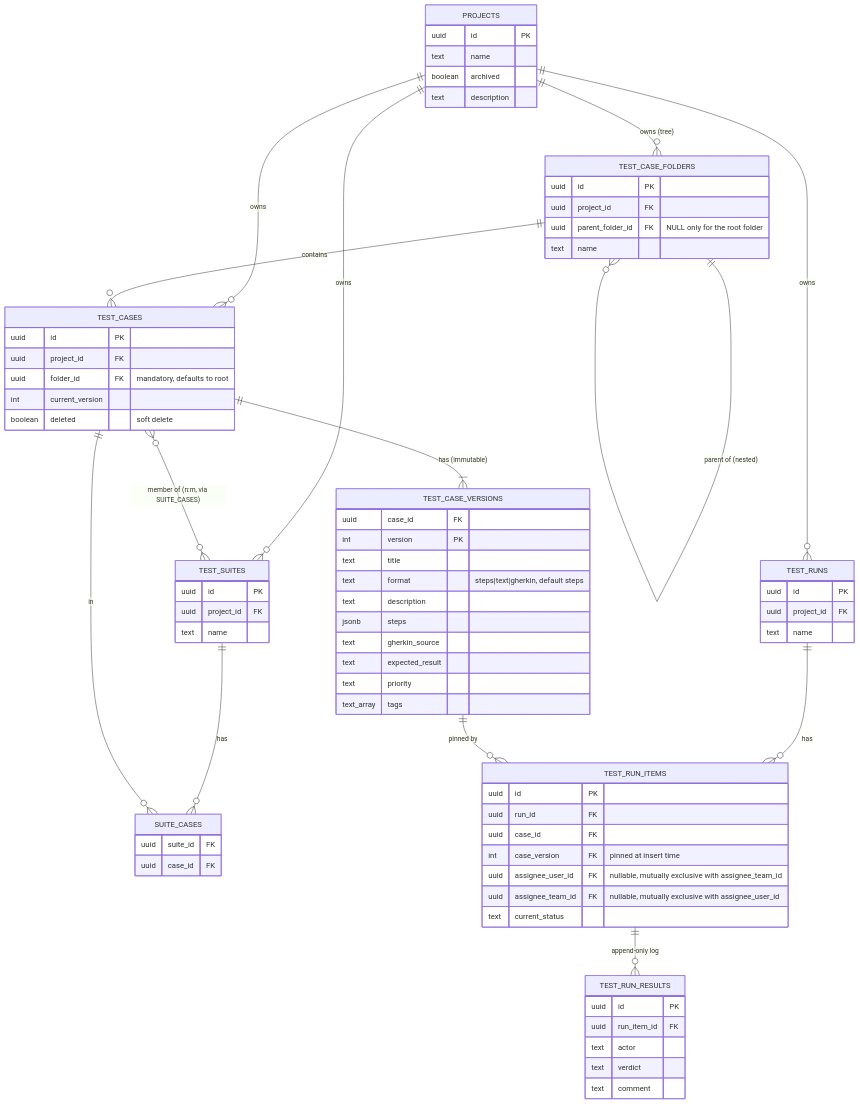
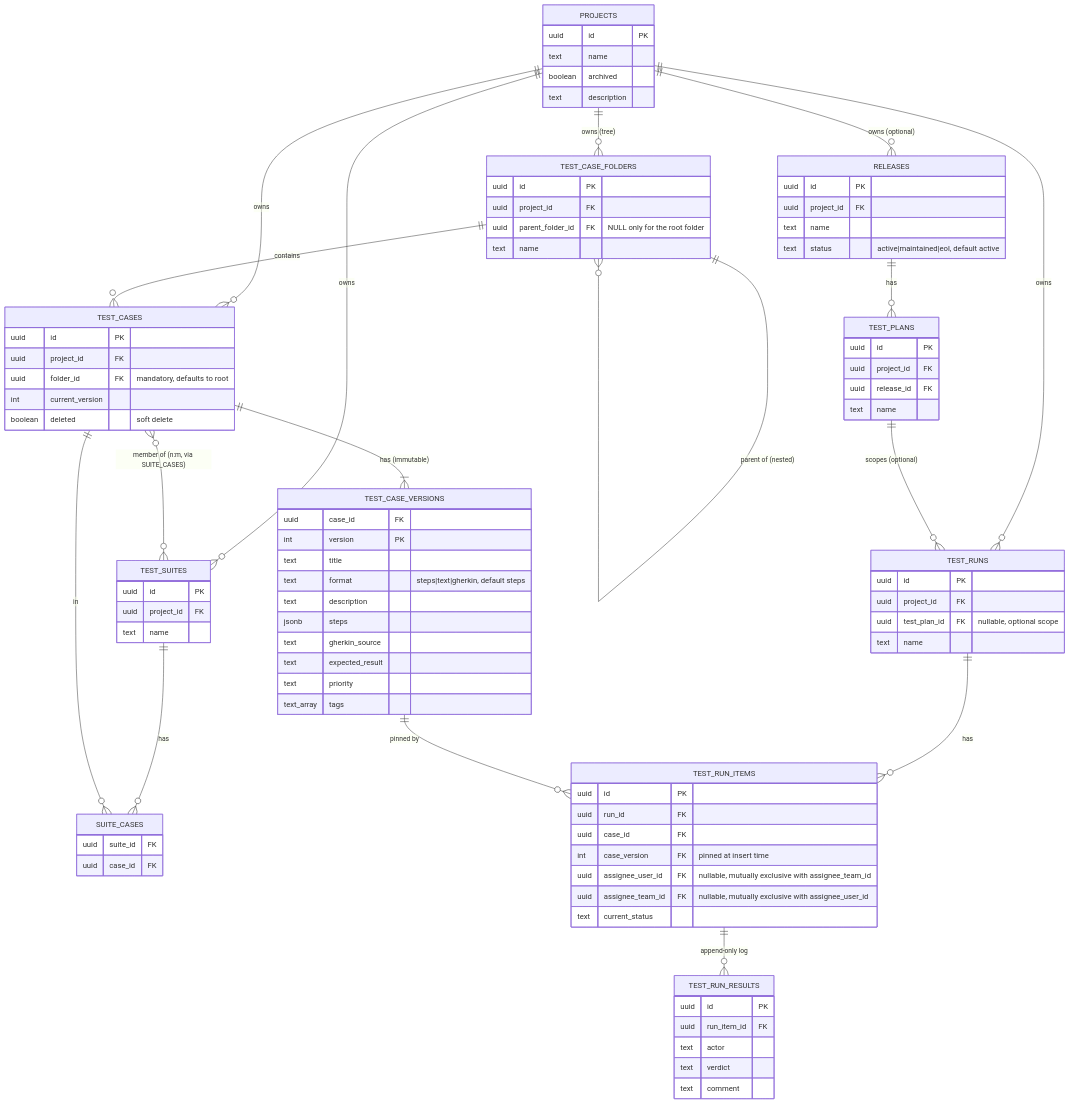
One commit to Barayo/TestPulse changed the diagram in docs/database.md. Above: the diagram before and after it, drawn with Mermaid. The commit also changed other lines of this file and 42 other files, not shown here.

First line of the commit message:
feat(api,web): introduce Release and Test Plan as optional entities

```diff
--- a/docs/database.md
+++ b/docs/database.md
@@ -19,6 +19,10 @@
     PROJECTS ||--o{ TEST_CASES : owns
     PROJECTS ||--o{ TEST_SUITES : owns
     PROJECTS ||--o{ TEST_RUNS : owns
+    PROJECTS ||--o{ RELEASES : "owns (optional)"
+
+    RELEASES ||--o{ TEST_PLANS : has
+    TEST_PLANS ||--o{ TEST_RUNS : "scopes (optional)"
 
     TEST_CASE_FOLDERS ||--o{ TEST_CASE_FOLDERS : "parent of (nested)"
     TEST_CASE_FOLDERS ||--o{ TEST_CASES : contains
@@ -76,6 +80,19 @@
     TEST_RUNS {
         uuid id PK
         uuid project_id FK
+        uuid test_plan_id FK "nullable, optional scope"
+        text name
+    }
+    RELEASES {
+        uuid id PK
+        uuid project_id FK
+        text name
+        text status "active|maintained|eol, default active"
+    }
+    TEST_PLANS {
+        uuid id PK
+        uuid project_id FK
+        uuid release_id FK
         text name
     }
     TEST_RUN_ITEMS {
```
